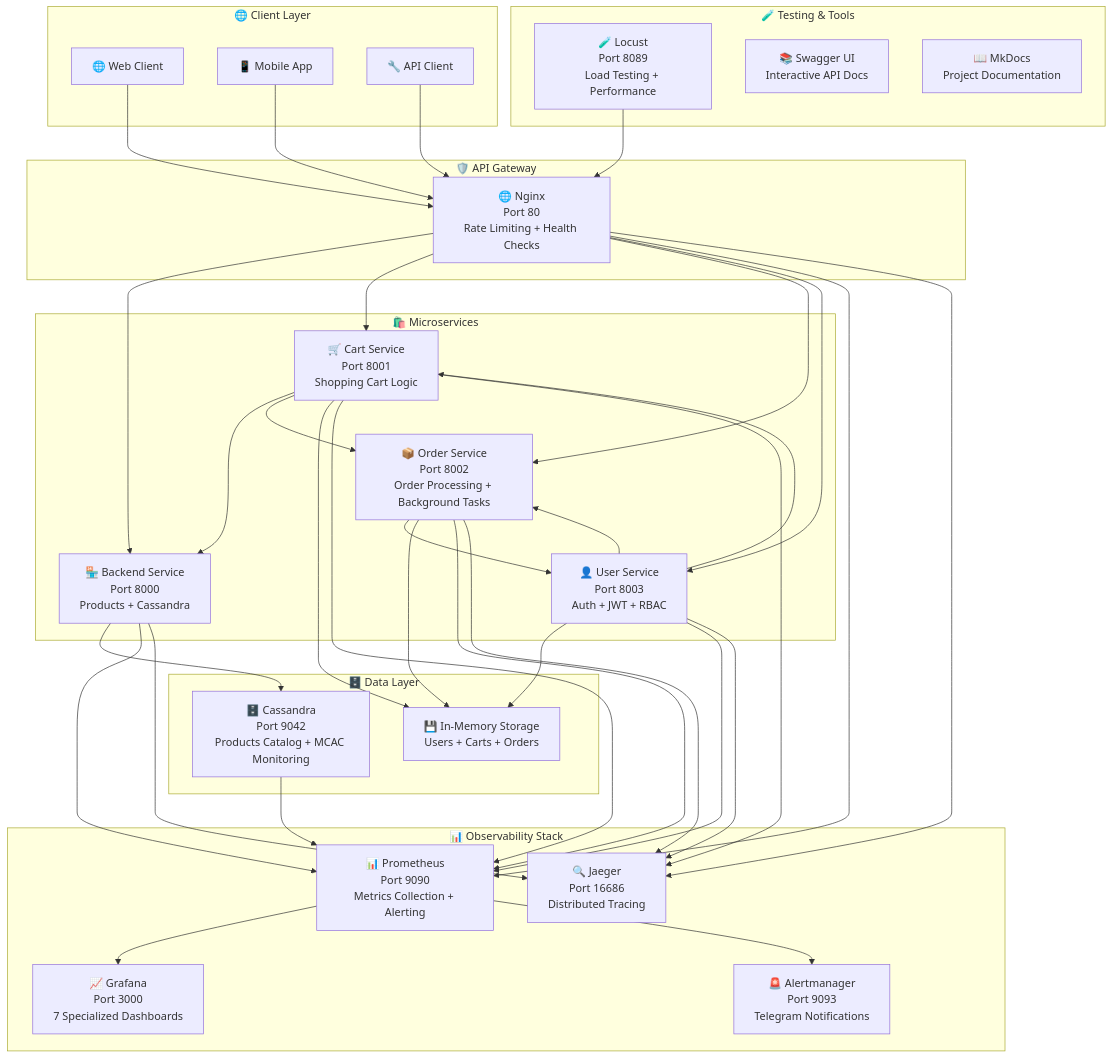
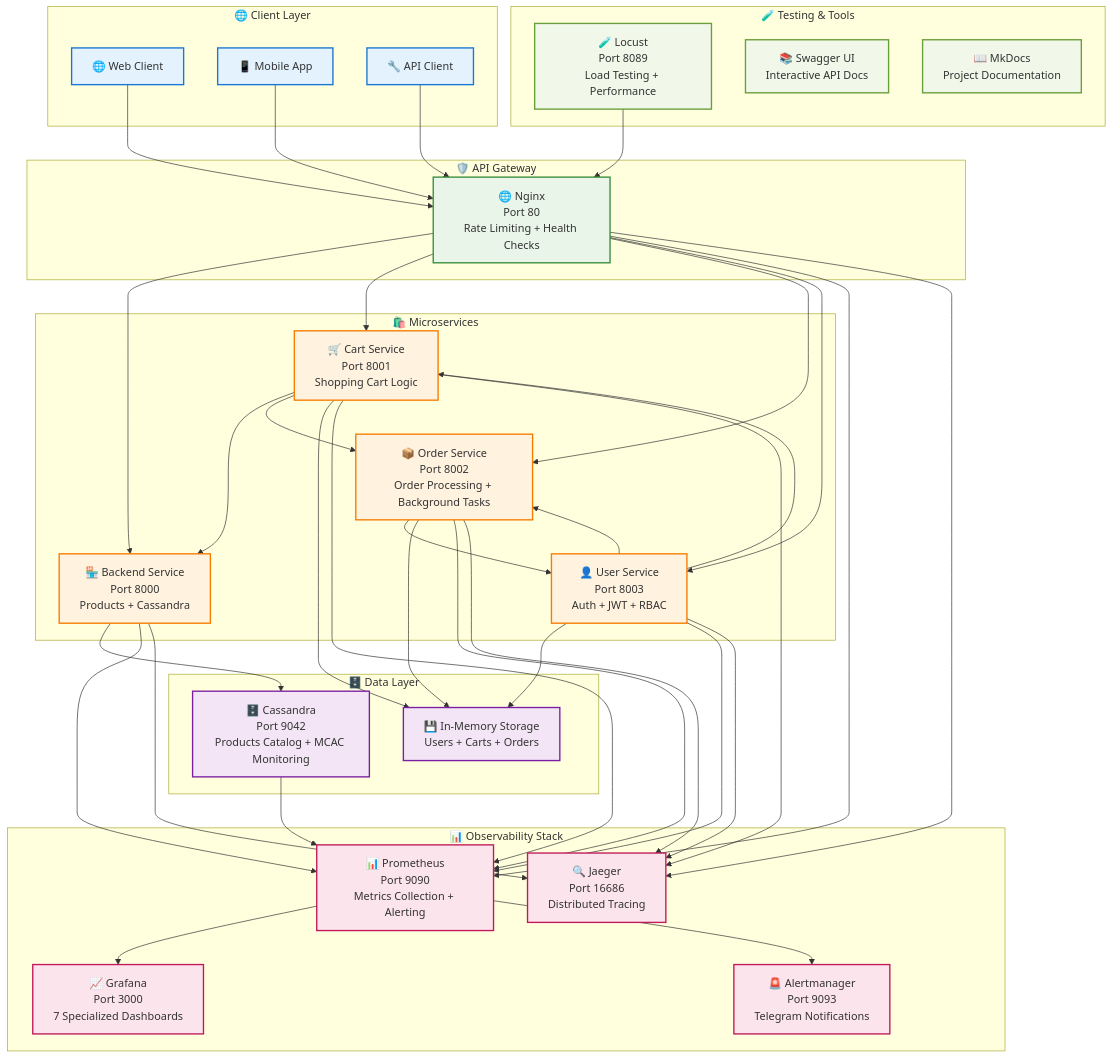
One commit to alice3e/o11y changed the diagram in README.md. Above: the diagram before and after it, drawn with Mermaid. The commit also changed 8 other files, not shown here.

````diff
--- a/README.md
+++ b/README.md
@@ -123,4 +123,19 @@
     
     %% Testing
     LOCUST --> NGINX
+    
+    %% Styling
+    classDef clientBox fill:#e3f2fd,stroke:#1976d2,stroke-width:2px
+    classDef gatewayBox fill:#e8f5e8,stroke:#388e3c,stroke-width:2px
+    classDef serviceBox fill:#fff3e0,stroke:#f57c00,stroke-width:2px
+    classDef dataBox fill:#f3e5f5,stroke:#7b1fa2,stroke-width:2px
+    classDef observabilityBox fill:#fce4ec,stroke:#c2185b,stroke-width:2px
+    classDef testingBox fill:#f1f8e9,stroke:#689f38,stroke-width:2px
+    
+    class WEB,MOBILE,API_CLIENT clientBox
+    class NGINX gatewayBox
+    class BACKEND,CART,ORDER,USER serviceBox
+    class CASSANDRA,MEMORY_STORAGE dataBox
+    class PROMETHEUS,GRAFANA,JAEGER,ALERTMGR observabilityBox
+    class LOCUST,SWAGGER,MKDOCS testingBox
 ```
````
